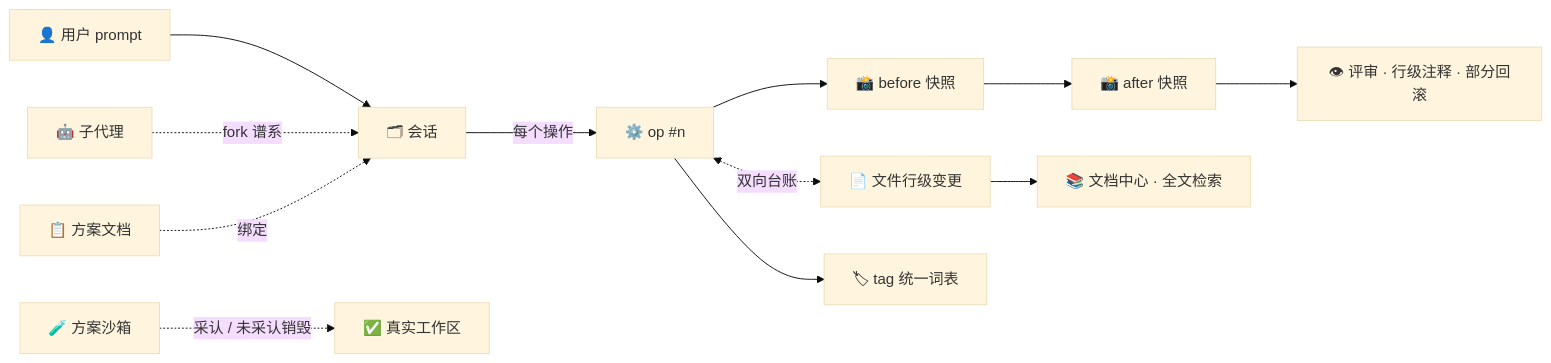
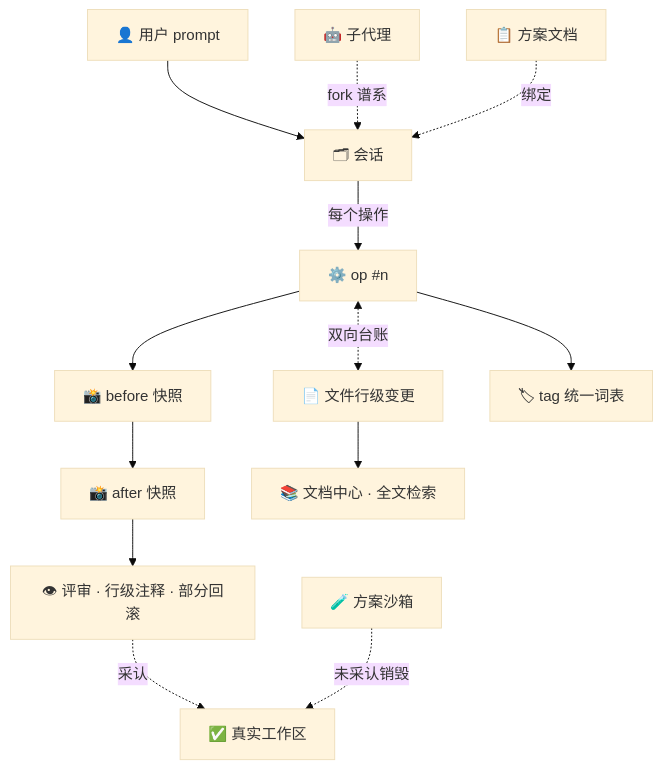
Before and after one commit to aiti-ai/aiti-docs: the diagram in docs/guide/lineage.md, drawn with Mermaid (base theme). The commit also changed other lines of this file and 4 other files, not shown here.

````diff
--- a/docs/guide/lineage.md
+++ b/docs/guide/lineage.md
@@ -24,14 +24,15 @@
 ```mermaid
-graph LR
+graph TD
   U["👤 用户 prompt"] --> S["🗂 会话"]
   SA["🤖 子代理"] -. fork 谱系 .-> S
   D["📋 方案文档"] -. 绑定 .-> S
   S -->|"每个操作"| O["⚙️ op #n"]
   O --> B["📸 before 快照"]
   B --> A["📸 after 快照"]
   O <-.->|"双向台账"| F["📄 文件行级变更"]
   A --> RV["👁 评审 · 行级注释 · 部分回滚"]
-  SB["🧪 方案沙箱"] -. 采认 / 未采认销毁 .-> W["✅ 真实工作区"]
+  RV -. 采认 .-> W["✅ 真实工作区"]
+  SB["🧪 方案沙箱"] -. 未采认销毁 .-> W
   O --> TG["🏷 tag 统一词表"]
   F --> DC["📚 文档中心 · 全文检索"]
 ```
````
